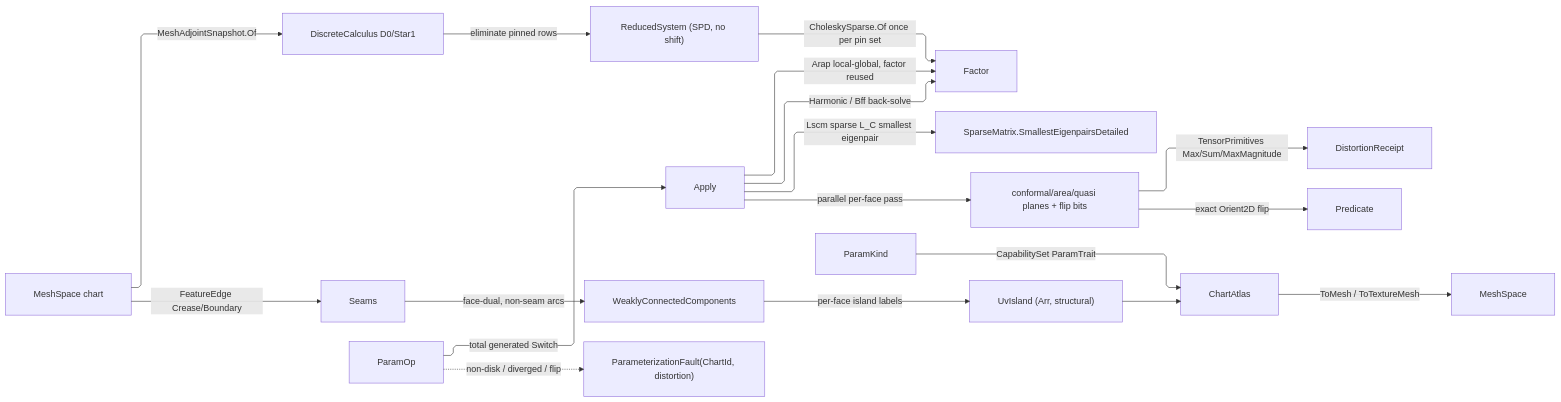
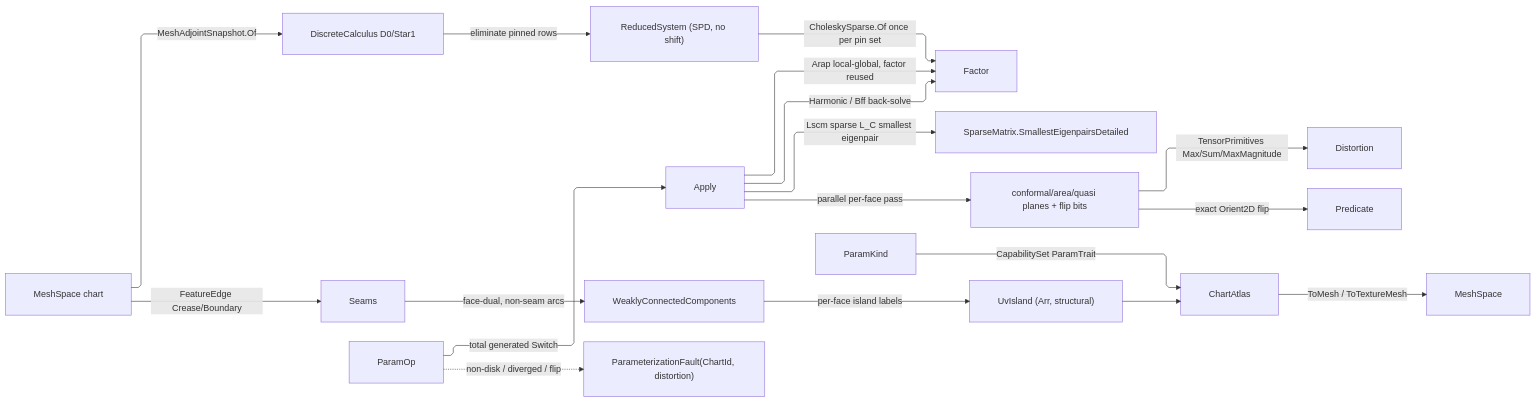
The diagram in libs/dotnet/Rasm/.planning/Processing/flatten.md (bsamiee/Rasm), drawn with Mermaid before and after one commit. The commit also changed other lines of this file and 1417 other files, not shown here.

````diff
--- a/libs/dotnet/Rasm/.planning/Processing/flatten.md
+++ b/libs/dotnet/Rasm/.planning/Processing/flatten.md
@@ -782,29 +782,29 @@
 ```mermaid
 ---
 config:
   layout: elk
   flowchart:
     curve: linear
     padding: 25
 ---
 flowchart LR
     accTitle: Parameterization dispatch
     accDescr: ParamOp folds over the DEC substrate through the eliminated pinned solve into the content-keyed chart atlas.
     Chart["MeshSpace chart"] -->|MeshAdjointSnapshot.Of| DEC["DiscreteCalculus D0/Star1"]
     DEC -->|eliminate pinned rows| Reduced["ReducedSystem (SPD, no shift)"]
     Reduced -->|CholeskySparse.Of once per pin set| Factor
     Chart -->|FeatureEdge Crease/Boundary| Seams
     ParamOp -->|total generated Switch| Apply
     Apply -->|Harmonic / Bff back-solve| Factor
     Apply -->|Lscm sparse L_C smallest eigenpair| Lobpcg["SparseMatrix.SmallestEigenpairsDetailed"]
     Apply -->|Arap local-global, factor reused| Factor
     Apply -->|parallel per-face pass| Distortion["conformal/area/quasi planes + flip bits"]
-    Distortion -->|TensorPrimitives Max/Sum/MaxMagnitude| Receipt["DistortionReceipt"]
+    Distortion -->|TensorPrimitives Max/Sum/MaxMagnitude| Measures["Distortion"]
     Distortion -->|exact Orient2D flip| Predicate
     Seams -->|face-dual, non-seam arcs| QuikGraph["WeaklyConnectedComponents"]
     QuikGraph -->|per-face island labels| Islands["UvIsland (Arr, structural)"]
     Islands --> ChartAtlas
     ParamKind -->|CapabilitySet ParamTrait| ChartAtlas
     ChartAtlas -->|ToMesh / ToTextureMesh| MeshSpaceOut["MeshSpace"]
     ParamOp -.->|non-disk / diverged / flip| GeometryFault["ParameterizationFault(ChartId, distortion)"]
 ```
````
